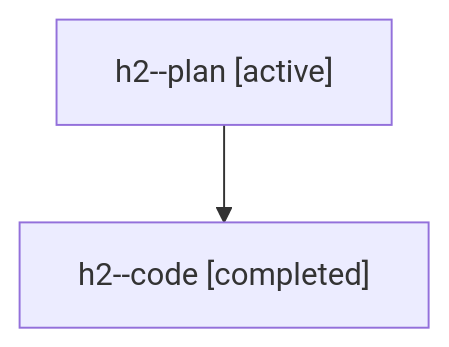
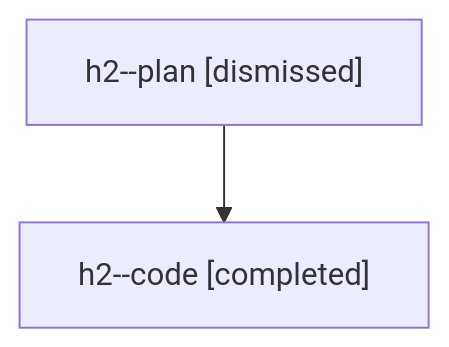
One commit to sase-org/sase--agents changed the diagram in sessions/bbugyi200.athena.h2.md. Above: the diagram before and after it, drawn with Mermaid. The commit also changed other lines of this file and 24 other files, not shown here.

````diff
--- a/sessions/bbugyi200.athena.h2.md
+++ b/sessions/bbugyi200.athena.h2.md
@@ -9,6 +9,6 @@
 ```mermaid
 flowchart TD
-  n0["h2--plan [active]"]
+  n0["h2--plan [dismissed]"]
   n1["h2--code [completed]"]
   n0 --> n1
 ```
````
